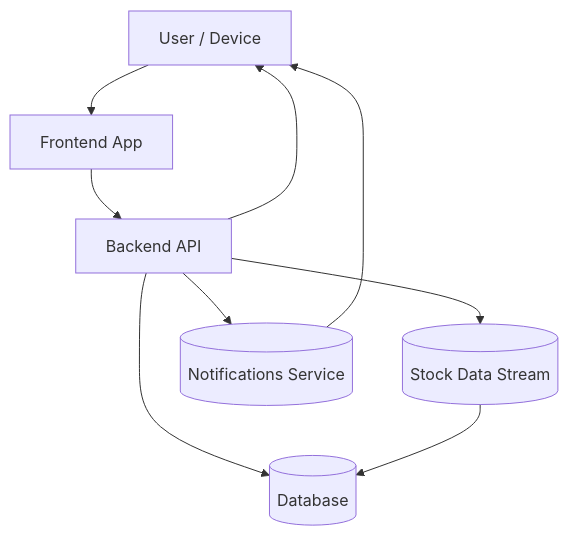
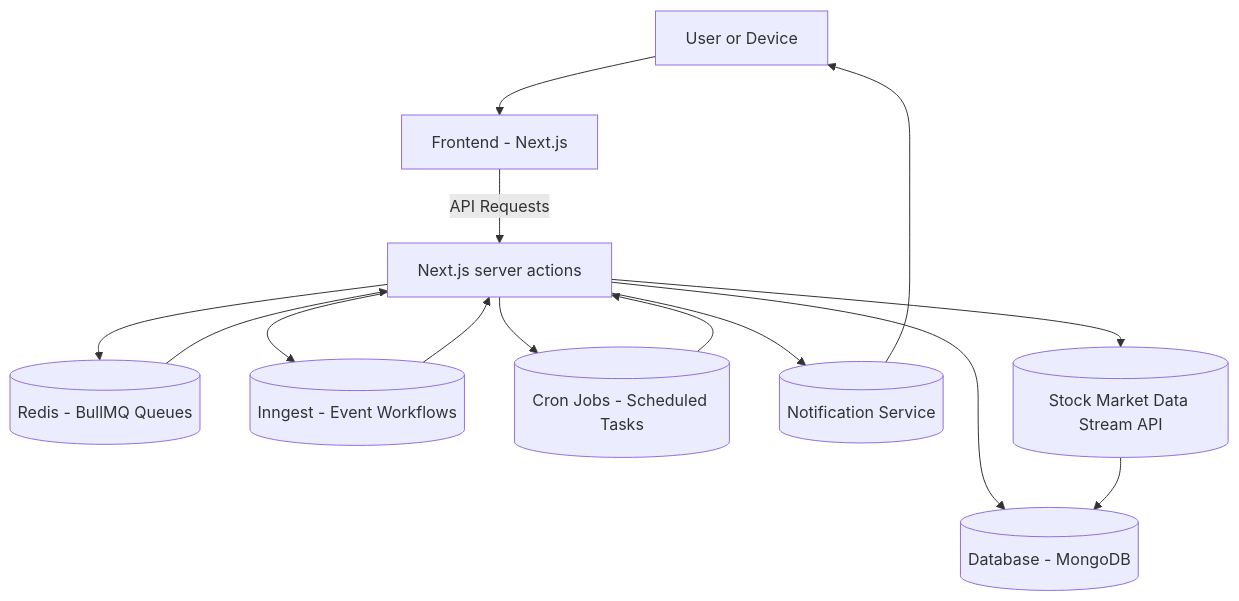
The diagram in README.md (AbdullahBakouni/Stock-market), drawn with Mermaid before and after one commit.

Commit message:
Update architecture diagram in README.md

````diff
--- a/README.md
+++ b/README.md
@@ -44,11 +44,16 @@
 ```mermaid
 flowchart TD
-    U[User / Device] --> F[Frontend App]
-    F --> B[Backend API]
-    B --> D[(Database)]
-    B --> S[(Stock Data Stream)]
-    B --> N[(Notifications Service)]
+    U[User or Device] --> F[Frontend - Next.js]
+    F -->|API Requests| B[Next.js server actions]
+    B --> D[(Database - MongoDB)]
+    B --> R[(Redis - BullMQ Queues)]
+    B --> I[(Inngest - Event Workflows)]
+    B --> C[(Cron Jobs - Scheduled Tasks)]
+    B --> N[(Notification Service)]
+    B --> S[(Stock Market Data Stream API)]
     S --> D
-    B --> U
+    R --> B
+    I --> B
+    C --> B
     N --> U
 ```
````
